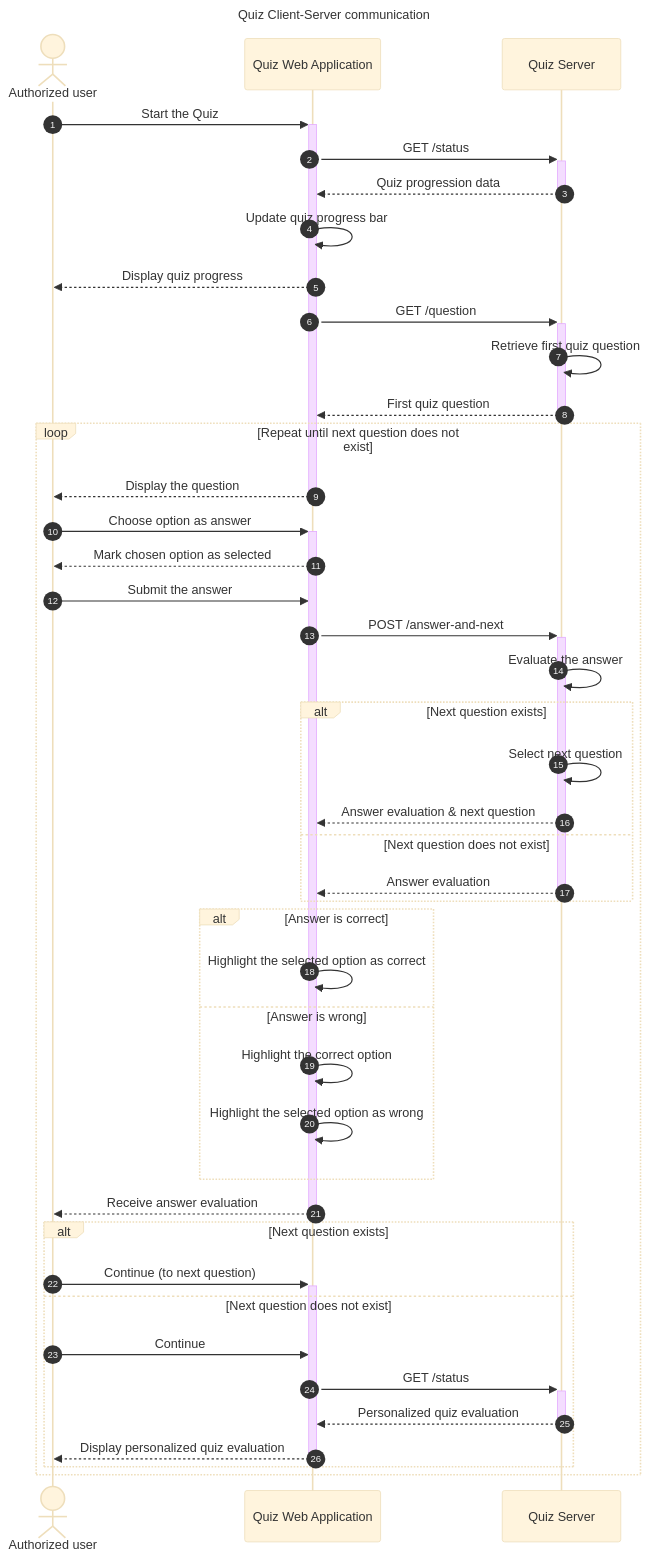
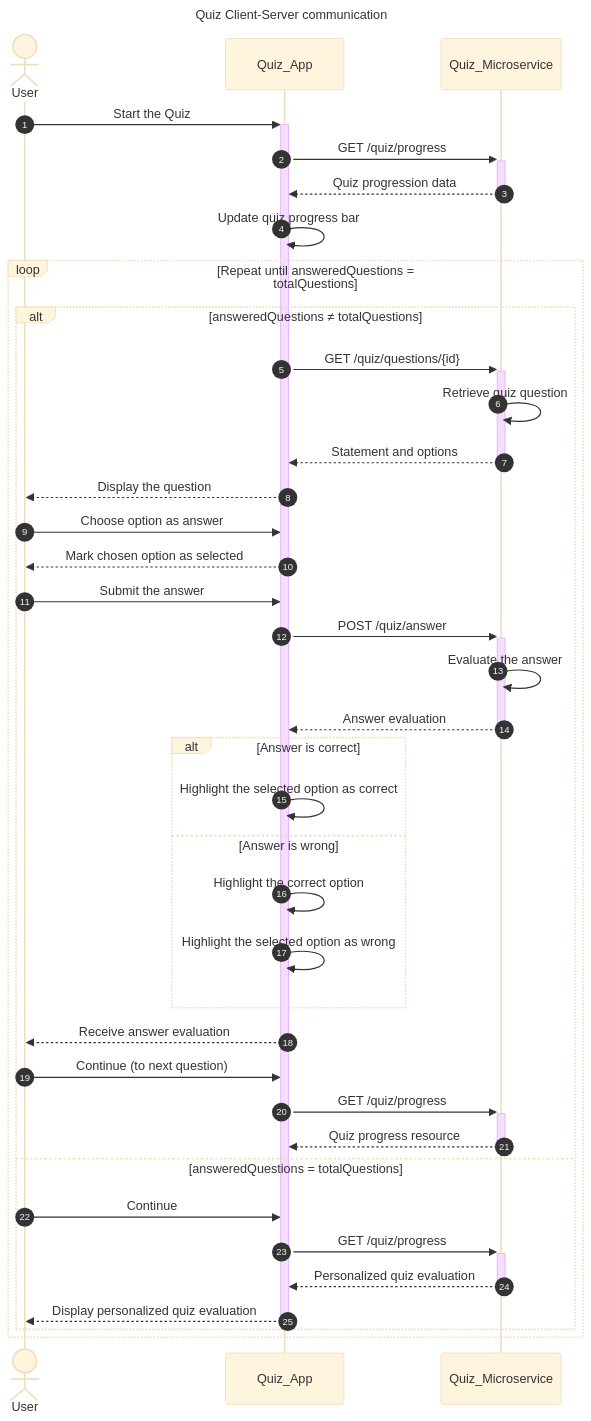
One commit to TomasGazo/slsp-solution-design-demo changed the second of 3 diagrams in specifications/quiz_frontend_spec/quiz_frontend_spec.md. Above: the diagram before and after it, drawn with Mermaid. The commit also changed other lines of this file and 11 other files, not shown here.

Commit message:
Quiz App specification

````diff
--- a/specifications/quiz_frontend_spec/quiz_frontend_spec.md
+++ b/specifications/quiz_frontend_spec/quiz_frontend_spec.md
@@ -101,57 +125,53 @@
 ```mermaid
 ---
 title: Quiz Client-Server communication
 ---
 %%{init: {'theme':'base'}}%%
 sequenceDiagram
     autonumber
-    actor user as Authorized user
-    participant quizWeb as Quiz Web Application
-    participant quizServer as Quiz Server
+    actor user as User
+    participant quizApp as Quiz_App
+    participant quizServer as Quiz_Microservice
 
-    user ->>+ quizWeb: Start the Quiz
+    user ->>+ quizApp: Start the Quiz
+    quizApp ->>+ quizServer: GET /quiz/progress
+    quizServer -->>- quizApp: Quiz progression data
+    quizApp ->> quizApp: Update quiz progress bar
+    
+    loop Repeat until answeredQuestions = totalQuestions
+        alt answeredQuestions ≠ totalQuestions
+            quizApp ->>+ quizServer: GET /quiz/questions/{id}
+            quizServer ->> quizServer: Retrieve quiz question
+            quizServer -->>- quizApp: Statement and options
+    
+            quizApp -->> user: Display the question
+            user ->> quizApp: Choose option as answer
+            quizApp -->> user: Mark chosen option as selected
+            user ->> quizApp: Submit the answer
 
-    quizWeb ->>+ quizServer: GET /status
-    quizServer -->>- quizWeb: Quiz progression data
-    quizWeb ->> quizWeb: Update quiz progress bar
+            quizApp ->>+ quizServer: POST /quiz/answer
+            quizServer ->> quizServer: Evaluate the answer
+            quizServer -->>- quizApp: Answer evaluation
+    
+            alt Answer is correct
+                quizApp ->> quizApp: Highlight the selected option as correct
+            else Answer is wrong
+                quizApp ->> quizApp: Highlight the correct option
+                quizApp ->> quizApp: Highlight the selected option as wrong
+            end
 
-    quizWeb -->> user: Display quiz progress
+            quizApp -->> user: Receive answer evaluation
+            user ->> quizApp: Continue (to next question)
 
-    quizWeb ->>+ quizServer: GET /question
-    quizServer ->> quizServer: Retrieve first quiz question
-    quizServer -->>- quizWeb: First quiz question
+            quizApp ->>+ quizServer: GET /quiz/progress
+            quizServer -->>- quizApp: Quiz progress resource
 
-    loop Repeat until next question does not exist
-        quizWeb -->>- user: Display the question
-        user ->>+ quizWeb: Choose option as answer
-        quizWeb -->> user: Mark chosen option as selected
-        user ->> quizWeb: Submit the answer
-
-        quizWeb ->>+ quizServer: POST /answer-and-next
-        quizServer ->> quizServer: Evaluate the answer
-
-        alt Next question exists
-            quizServer ->> quizServer: Select next question
-            quizServer -->> quizWeb: Answer evaluation & next question
-        else Next question does not exist
-            quizServer -->>- quizWeb: Answer evaluation
+        else answeredQuestions = totalQuestions
+            user ->> quizApp: Continue
+            quizApp ->>+ quizServer: GET /quiz/progress
+            quizServer -->>- quizApp: Personalized quiz evaluation
+            quizApp -->>- user: Display personalized quiz evaluation
+    
         end
-
-        alt Answer is correct
-            quizWeb ->> quizWeb: Highlight the selected option as correct
-        else Answer is wrong
-            quizWeb ->> quizWeb: Highlight the correct option
-            quizWeb ->> quizWeb: Highlight the selected option as wrong
-        end
-        quizWeb -->>- user: Receive answer evaluation
-
-        alt Next question exists
-            user ->>+ quizWeb: Continue (to next question)
-        else Next question does not exist
-            user ->> quizWeb: Continue
-            quizWeb ->>+ quizServer: GET /status
-            quizServer -->>- quizWeb: Personalized quiz evaluation
-            quizWeb -->>- user: Display personalized quiz evaluation
-        end
-    end
+    end    
 ```
````
